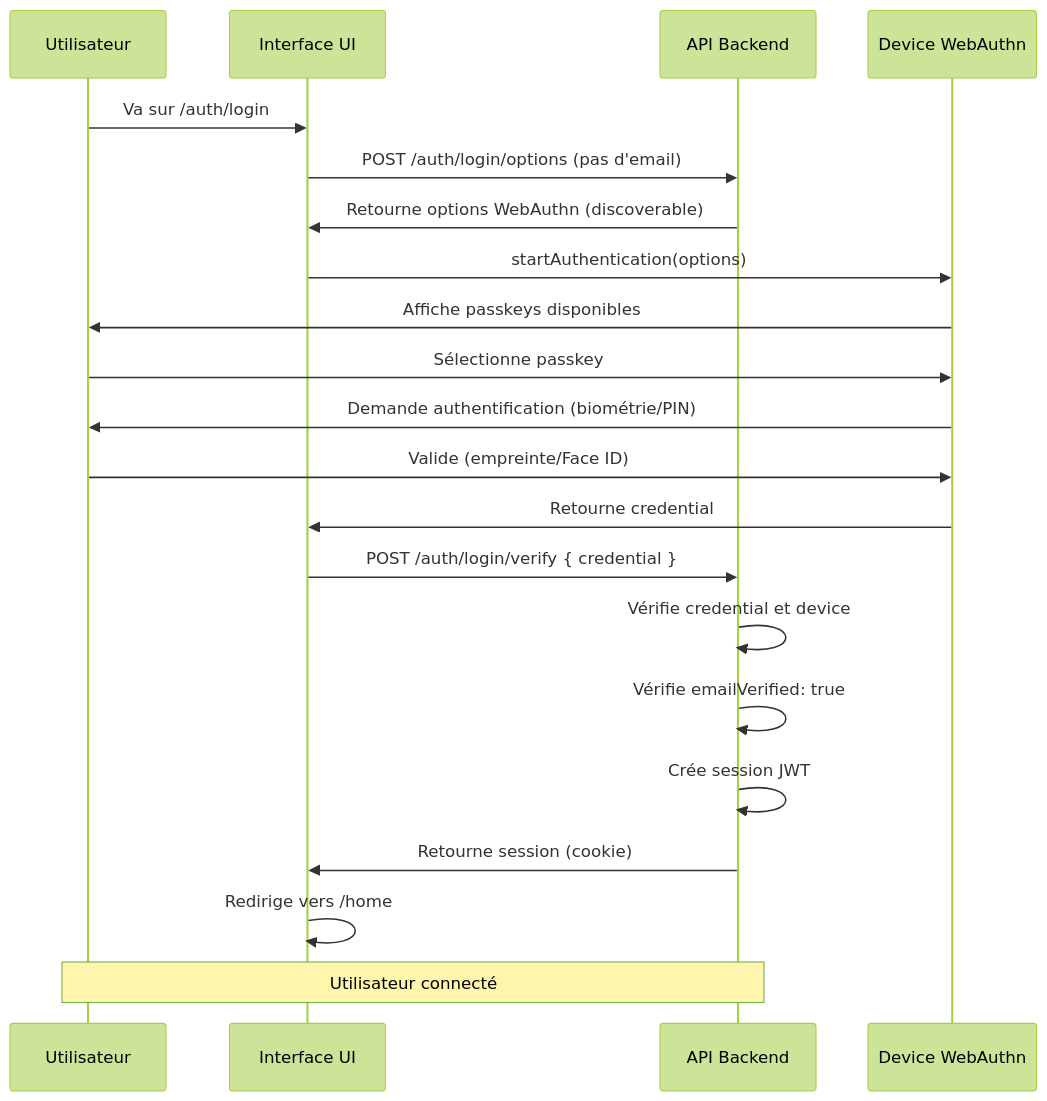
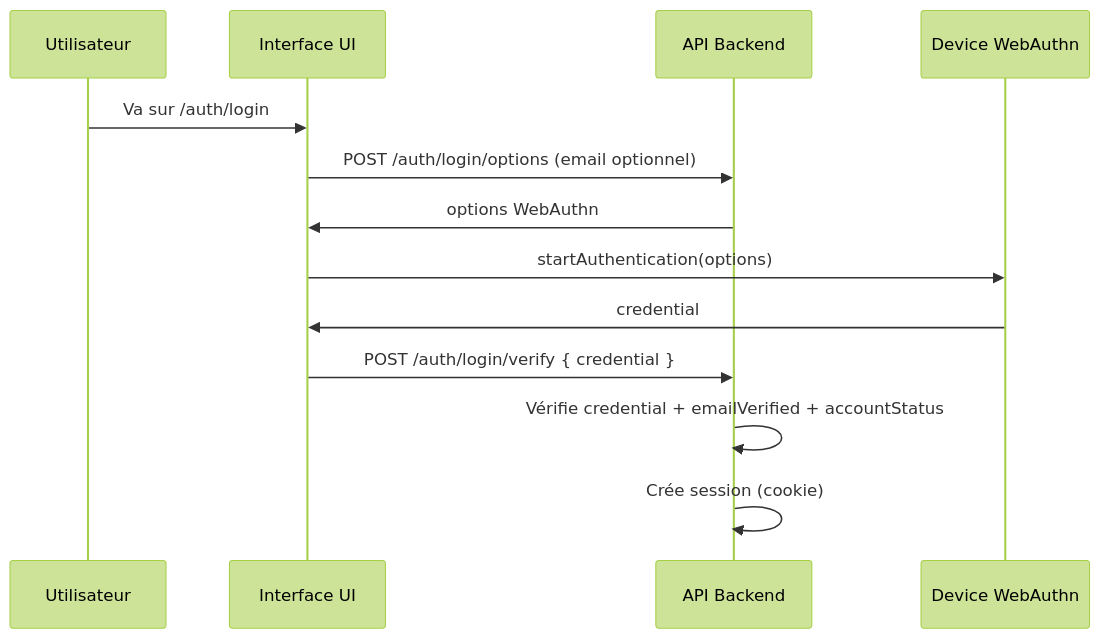
The third of 5 diagrams in spec/WORKFLOW_AUTH.md (rhanka/sentropic), drawn with Mermaid (forest theme) before and after one commit. The commit also changed other lines of this file and 5 other files, not shown here.

Commit message:
docs(spec): align SPEC + WORKFLOW_AUTH with Postgres/workspaces and magic-link login

````diff
--- a/spec/WORKFLOW_AUTH.md
+++ b/spec/WORKFLOW_AUTH.md
@@ -80,24 +80,16 @@
 ```mermaid
 sequenceDiagram
     participant U as Utilisateur
     participant UI as Interface UI
     participant API as API Backend
     participant Device as Device WebAuthn
 
     U->>UI: Va sur /auth/login
-    UI->>API: POST /auth/login/options (pas d'email)
-    API->>UI: Retourne options WebAuthn (discoverable)
+    UI->>API: POST /auth/login/options (email optionnel)
+    API->>UI: options WebAuthn
     UI->>Device: startAuthentication(options)
-    Device->>U: Affiche passkeys disponibles
-    U->>Device: Sélectionne passkey
-    Device->>U: Demande authentification (biométrie/PIN)
-    U->>Device: Valide (empreinte/Face ID)
-    Device->>UI: Retourne credential
+    Device->>UI: credential
     UI->>API: POST /auth/login/verify { credential }
-    API->>API: Vérifie credential et device
-    API->>API: Vérifie emailVerified: true
-    API->>API: Crée session JWT
-    API->>UI: Retourne session (cookie)
-    UI->>UI: Redirige vers /home
-    Note over U,API: Utilisateur connecté
+    API->>API: Vérifie credential + emailVerified + accountStatus
+    API->>API: Crée session (cookie)
 ```
````
